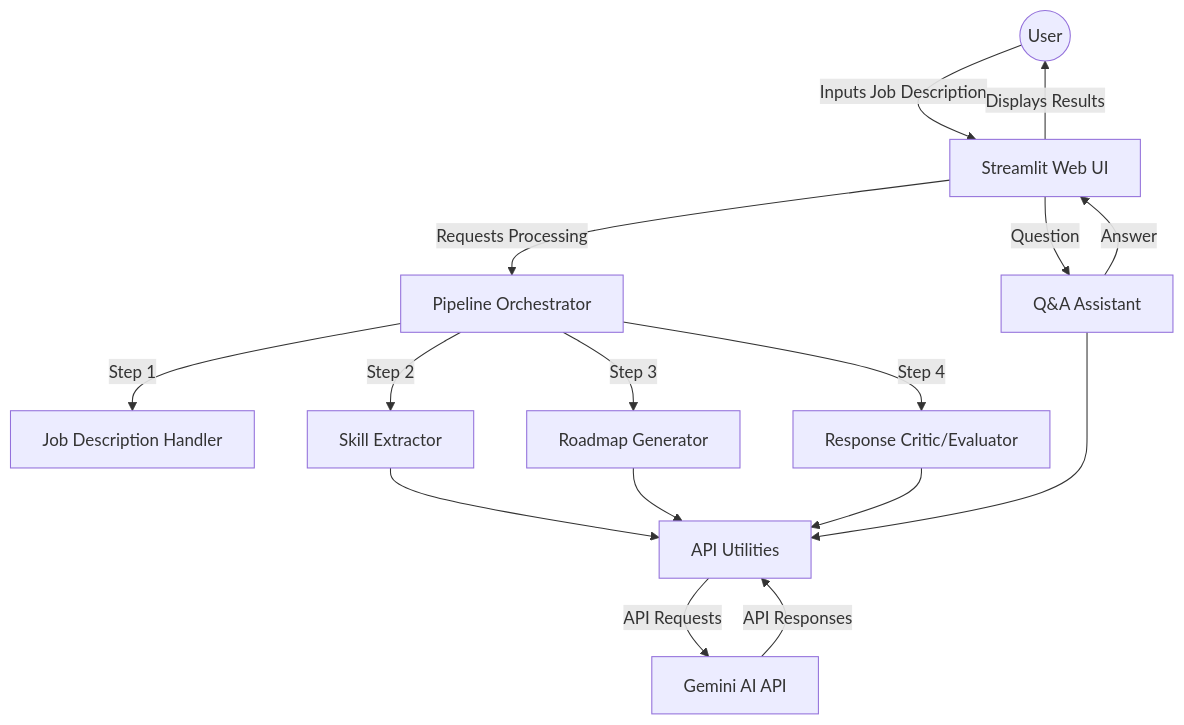
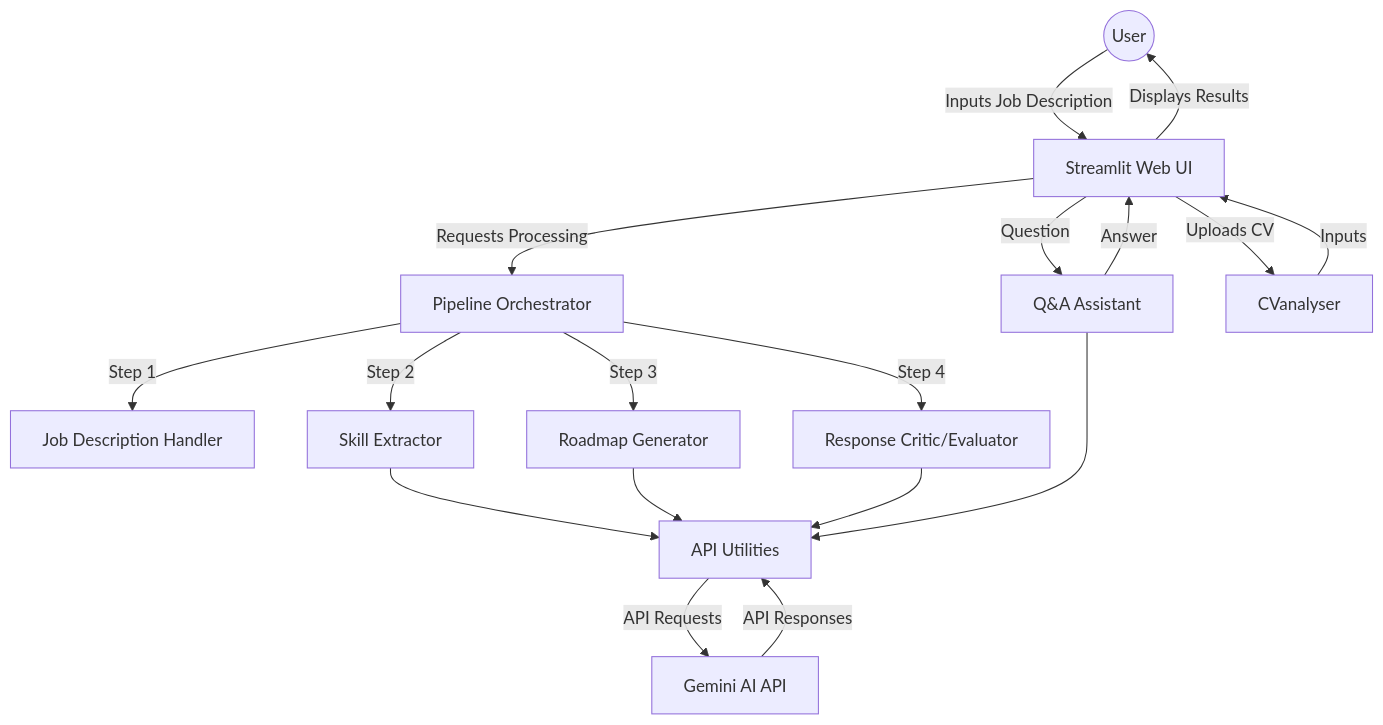
One commit to hrishirajmitra/Job-Helper changed the first of 3 diagrams in README.md. Above: the diagram before and after it, drawn with Mermaid.

````diff
--- a/README.md
+++ b/README.md
@@ -29,18 +29,20 @@
 ```mermaid
 graph TD
     User((User)) -->|Inputs Job Description| WebUI[Streamlit Web UI]
     WebUI -->|Displays Results| User
     WebUI -->|Requests Processing| Pipeline[Pipeline Orchestrator]
     Pipeline -->|Step 1| JDHandler[Job Description Handler]
     Pipeline -->|Step 2| SkillExtractor[Skill Extractor]
     Pipeline -->|Step 3| RoadmapGen[Roadmap Generator]
     Pipeline -->|Step 4| ResponseCritic[Response Critic/Evaluator]
     SkillExtractor --> APIUtils[API Utilities]
     RoadmapGen --> APIUtils
     ResponseCritic --> APIUtils
     QAAssistant --> APIUtils
     APIUtils -->|API Requests| GeminiAPI[Gemini AI API]
     GeminiAPI -->|API Responses| APIUtils
     WebUI -->|Question| QAAssistant[Q&A Assistant]
     QAAssistant -->|Answer| WebUI
+    WebUI --> |Uploads CV| CVanalyser
+    CVanalyser --> |Inputs| WebUI
 ```
````
